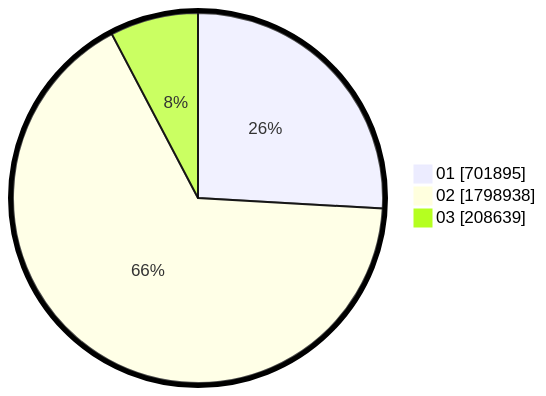
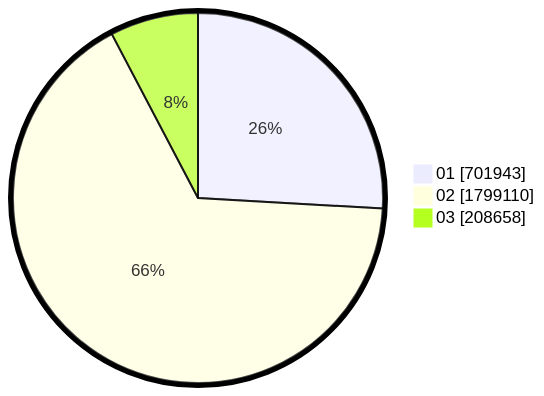
The second of 2 diagrams in pilpres/hitung-suara/sub/table-wilayah-52.md (gigit-pemilu/pemilu-2024), drawn with Mermaid before and after one commit. The commit also changed other lines of this file and 10 other files, not shown here.

````diff
--- a/pilpres/hitung-suara/sub/table-wilayah-52.md
+++ b/pilpres/hitung-suara/sub/table-wilayah-52.md
@@ -15,7 +15,7 @@
 ```mermaid
 %%{init: {"pie": {"textPosition": 0.5}, "themeVariables": {"pieOuterStrokeWidth": "5px"}} }%%
 pie showData
-    "01" : 701895
-    "02" : 1798938
-    "03" : 208639
+    "01" : 701943
+    "02" : 1799110
+    "03" : 208658
 ```
````
